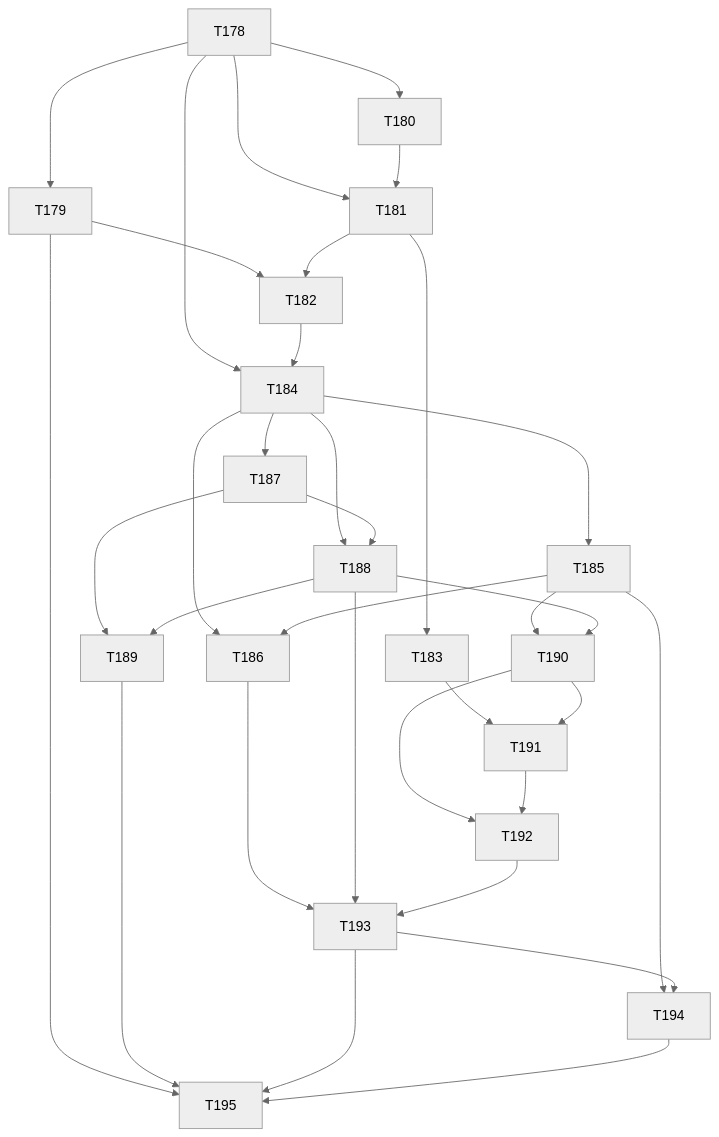
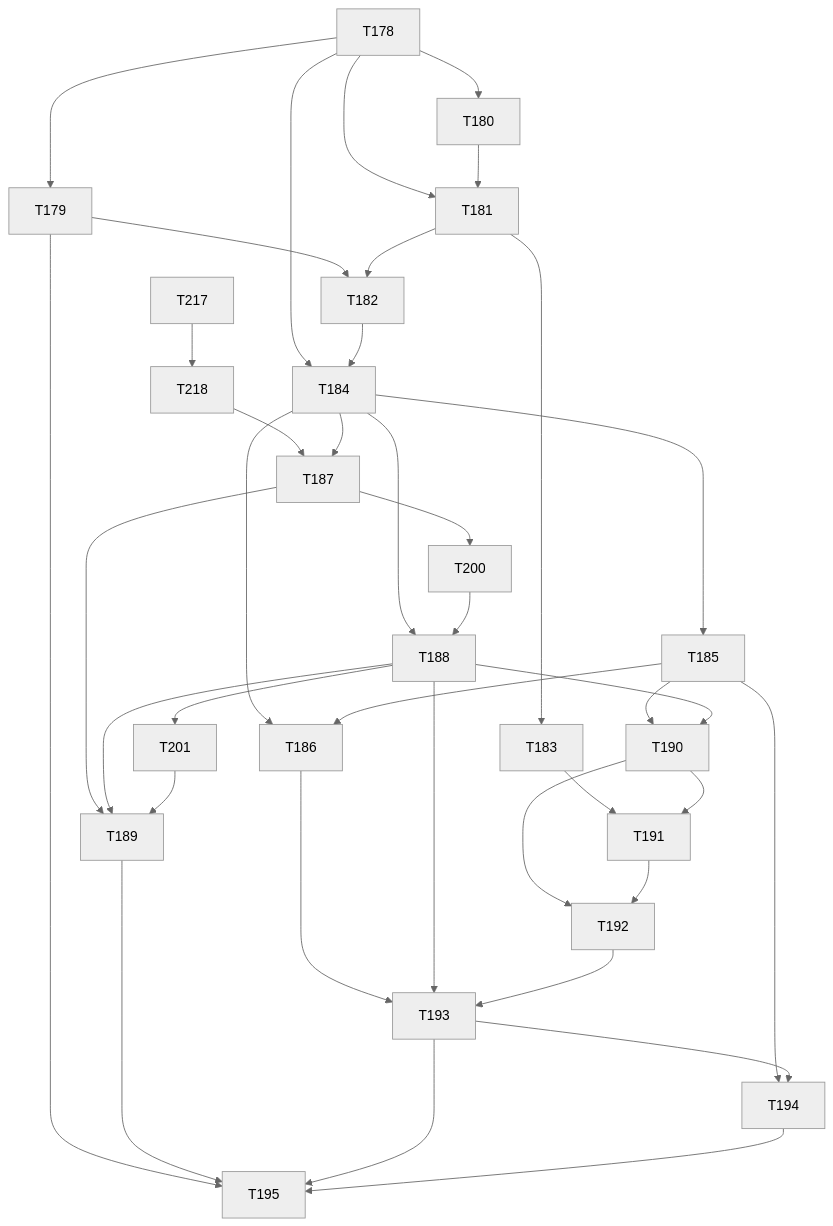
Before and after one commit to NJLaPrell/workflow-cannon: the diagram in docs/maintainers/task-dependency-map.md, drawn with Mermaid (neutral theme). The commit also changed other lines of this file and 29 other files, not shown here.

````diff
--- a/docs/maintainers/task-dependency-map.md
+++ b/docs/maintainers/task-dependency-map.md
@@ -23,35 +23,40 @@
 ```mermaid
 graph TD
   T178 --> T179
   T178 --> T180
   T178 --> T181
   T180 --> T181
   T179 --> T182
   T181 --> T182
   T181 --> T183
   T178 --> T184
   T182 --> T184
   T184 --> T185
   T184 --> T186
   T185 --> T186
+  T217 --> T218
+  T218 --> T187
   T184 --> T187
   T184 --> T188
-  T187 --> T188
+  T187 --> T200
+  T200 --> T188
   T187 --> T189
+  T188 --> T201
   T188 --> T189
+  T201 --> T189
   T185 --> T190
   T188 --> T190
   T183 --> T191
   T190 --> T191
   T190 --> T192
   T191 --> T192
   T186 --> T193
   T188 --> T193
   T192 --> T193
   T185 --> T194
   T193 --> T194
   T179 --> T195
   T189 --> T195
   T193 --> T195
   T194 --> T195
 ```
````
